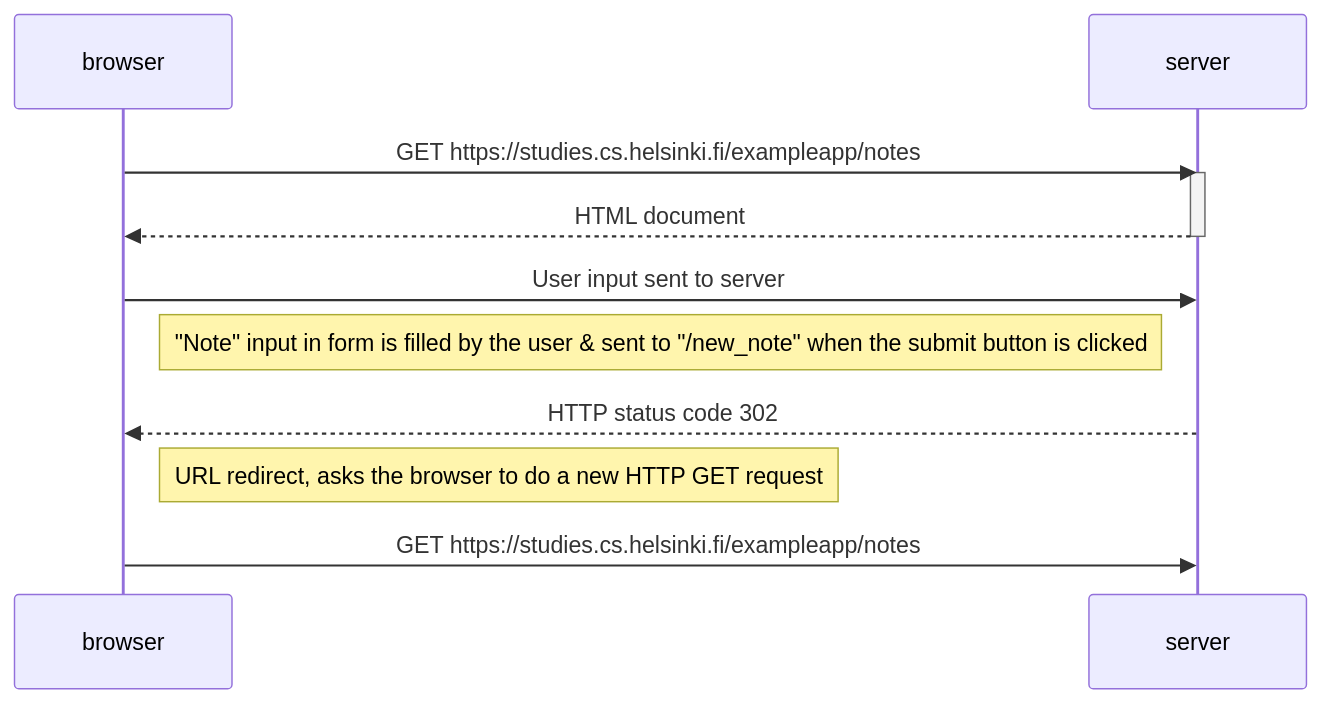
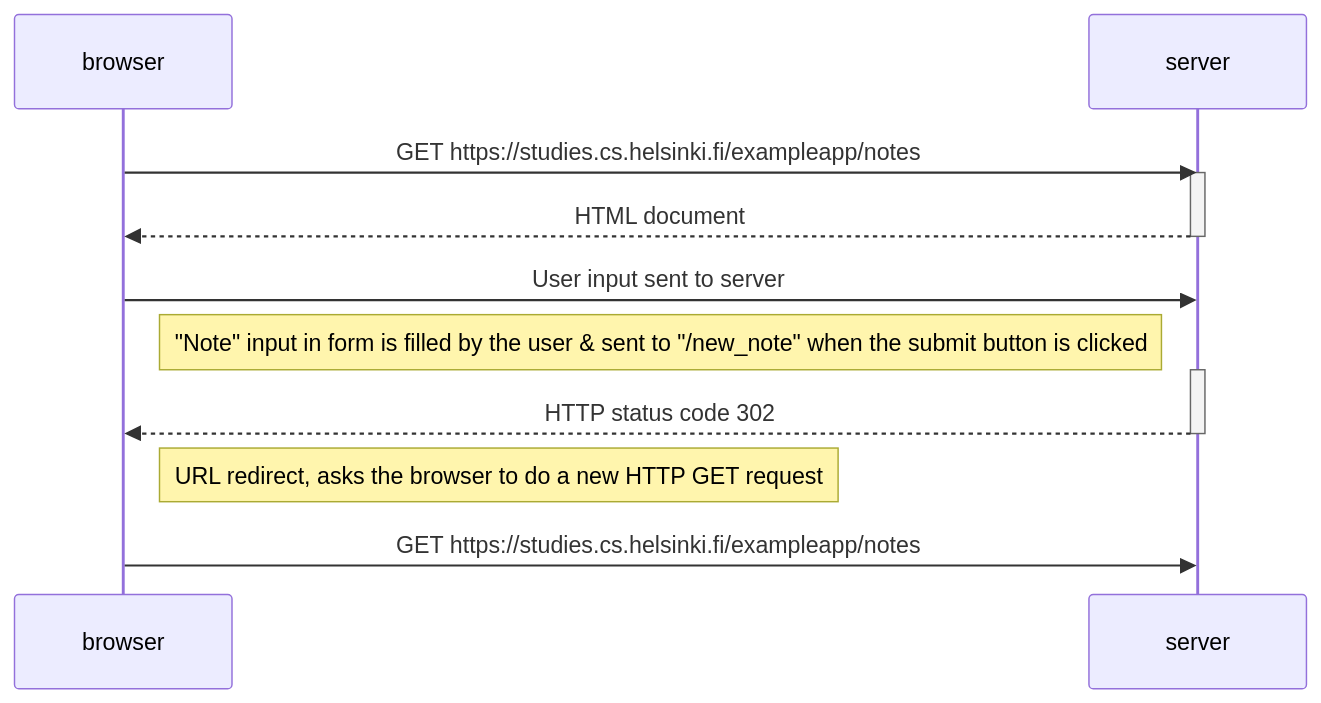
One commit to Burstniart/fullstackopen changed the diagram in part0/new_note_diagram.md. Above: the diagram before and after it, drawn with Mermaid.

Commit message:
activate & deactivate

````diff
--- a/part0/new_note_diagram.md
+++ b/part0/new_note_diagram.md
@@ -1,21 +1,23 @@
 ```mermaid
 sequenceDiagram
     participant browser
     participant server
 
     browser->>server: GET https://studies.cs.helsinki.fi/exampleapp/notes
     activate server
     server-->>browser: HTML document
     deactivate server
 
     browser->>server: User input sent to server
 
     Note right of browser: "Note" input in form is filled by the user & sent to "/new_note" when the submit button is clicked
 
+    activate server
     server-->>browser: HTTP status code 302
+    deactivate server
 
     Note right of browser: URL redirect, asks the browser to do a new HTTP GET request
     
     browser->>server: GET https://studies.cs.helsinki.fi/exampleapp/notes
     
 ```
````
